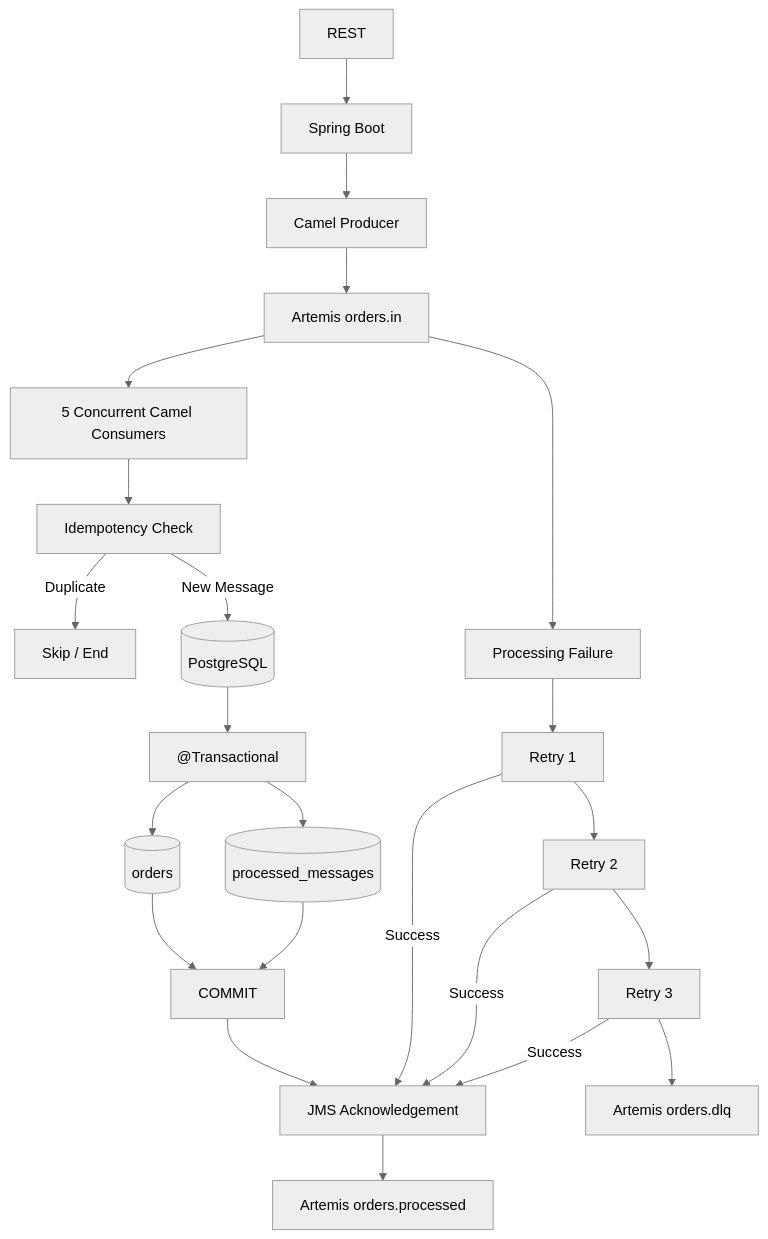
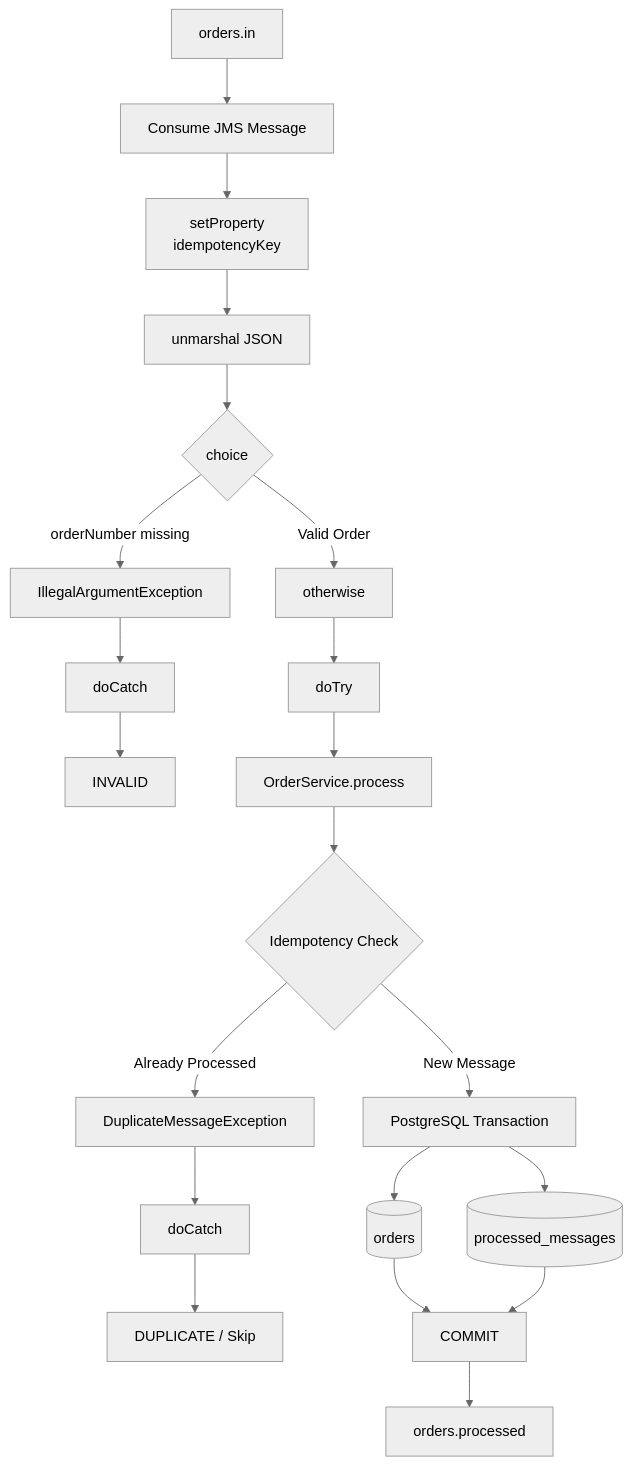
The fifth of 11 diagrams in README.md (kaushleshtripathi/spring-boot-camel-artemis-xml-dsl-postgresql), drawn with Mermaid (neutral theme) before and after one commit. The commit also changed other lines of this file, not shown here.

````diff
--- a/README.md
+++ b/README.md
@@ -27,35 +319,41 @@
 ```mermaid
 flowchart TD
-    A[REST] --> B[Spring Boot]
-    B --> C[Camel Producer]
-    C --> D[Artemis orders.in]
 
-    D --> E[5 Concurrent Camel Consumers]
+    A[orders.in] --> B[Consume JMS Message]
 
-    E --> F[Idempotency Check]
+    B --> C[setProperty<br/>idempotencyKey]
 
-    F -->|Duplicate| G[Skip / End]
-    F -->|New Message| H[(PostgreSQL)]
+    C --> D[unmarshal JSON]
 
-    H --> I["@Transactional"]
+    D --> E{choice}
 
-    I --> J[(orders)]
-    I --> K[(processed_messages)]
+    E -->|orderNumber missing| F[IllegalArgumentException]
 
-    J --> L[COMMIT]
-    K --> L
+    F --> G[doCatch]
 
-    L --> M[JMS Acknowledgement]
-    M --> N[Artemis orders.processed]
+    G --> H[INVALID]
 
-    %% Failure / Retry Flow
-    D --> O[Processing Failure]
-    O --> P[Retry 1]
-    P --> Q[Retry 2]
-    Q --> R[Retry 3]
-    R --> S[Artemis orders.dlq]
+    E -->|Valid Order| I[otherwise]
 
-    P -->|Success| M
-    Q -->|Success| M
-    R -->|Success| M
+    I --> J[doTry]
+
+    J --> K[OrderService.process]
+
+    K --> L{Idempotency Check}
+
+    L -->|Already Processed| M[DuplicateMessageException]
+
+    M --> N[doCatch]
+
+    N --> O[DUPLICATE / Skip]
+
+    L -->|New Message| P[PostgreSQL Transaction]
+
+    P --> Q[(orders)]
+    P --> R[(processed_messages)]
+
+    Q --> S[COMMIT]
+    R --> S
+
+    S --> T[orders.processed]
 ```
````
